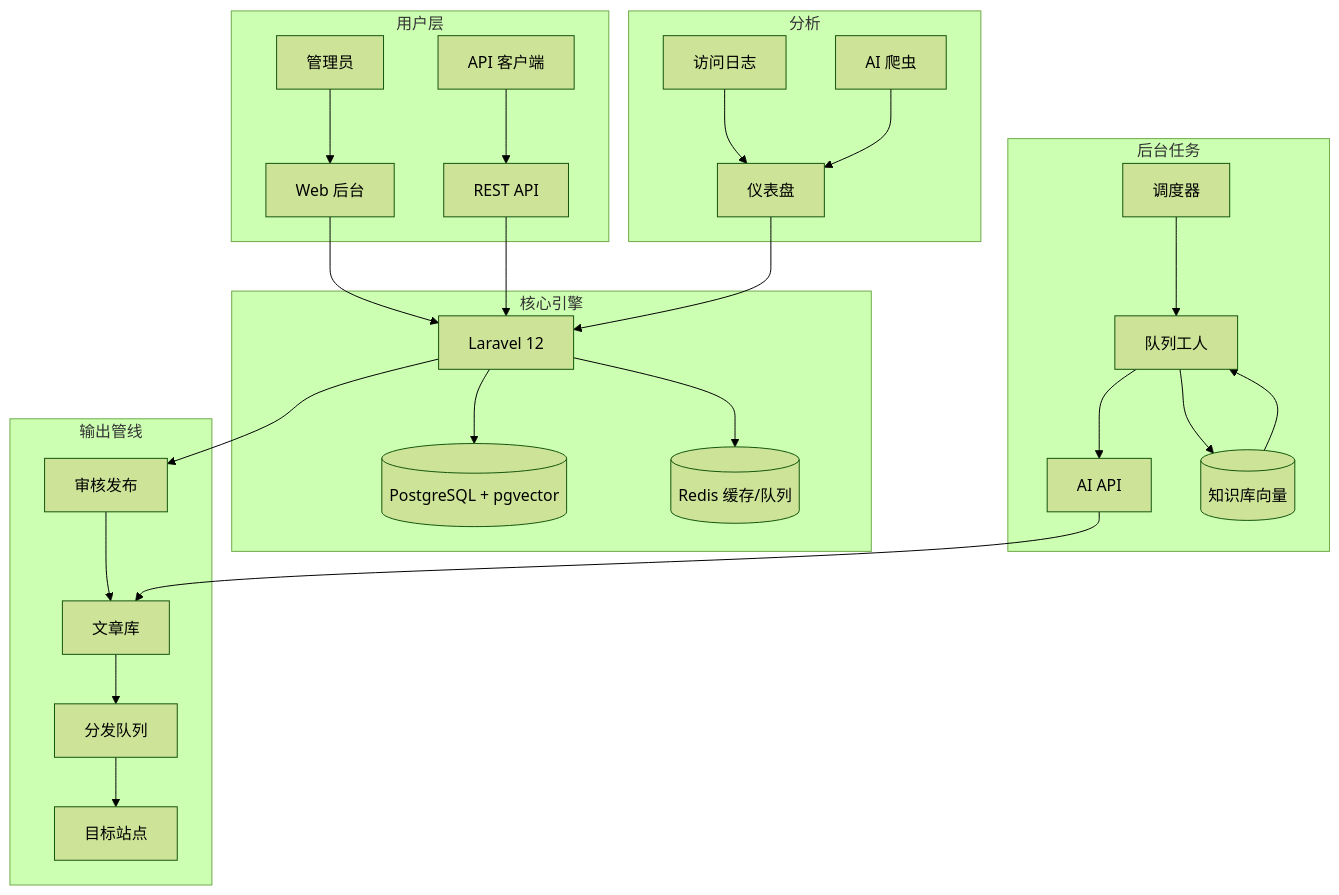
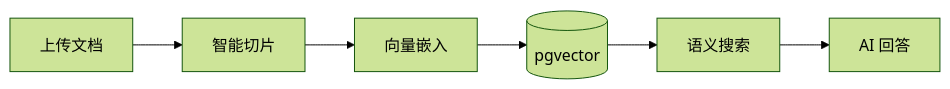
Before and after one commit to justmicos/geo-engine: the diagram in README_CN.md, drawn with Mermaid (forest theme). The commit also changed other lines of this file and 8 other files, not shown here.

````diff
--- a/README_CN.md
+++ b/README_CN.md
@@ -17,28 +25,8 @@
 ```mermaid
-flowchart TB
-    subgraph User["用户层"]
-        A[管理员] --> B[Web 后台]
-        C[API 客户端] --> D[REST API]
-    end
-    subgraph Core["核心引擎"]
-        B --> E[Laravel 12]
-        D --> E
-        E --> F[(PostgreSQL + pgvector)]
-        E --> G[(Redis 缓存/队列)]
-    end
-    subgraph Workers["后台任务"]
-        H[调度器] --> I[队列工人]
-        I --> J[AI API]
-        I --> K[(知识库向量)]
-    end
-    subgraph Output["输出管线"]
-        L[审核发布] --> M[文章库]
-        M --> N[分发队列]
-        N --> O[目标站点]
-    end
-    subgraph Analytics["分析"]
-        R[访问日志] --> S[仪表盘]
-        T[AI 爬虫] --> S
-    end
-    E --> L; J --> M; K --> I; S --> E
+flowchart LR
+    A[上传文档] --> B[智能切片]
+    B --> C[向量嵌入]
+    C --> D[(pgvector)]
+    D --> E[语义搜索]
+    E --> F[AI 回答]
 ```
````
